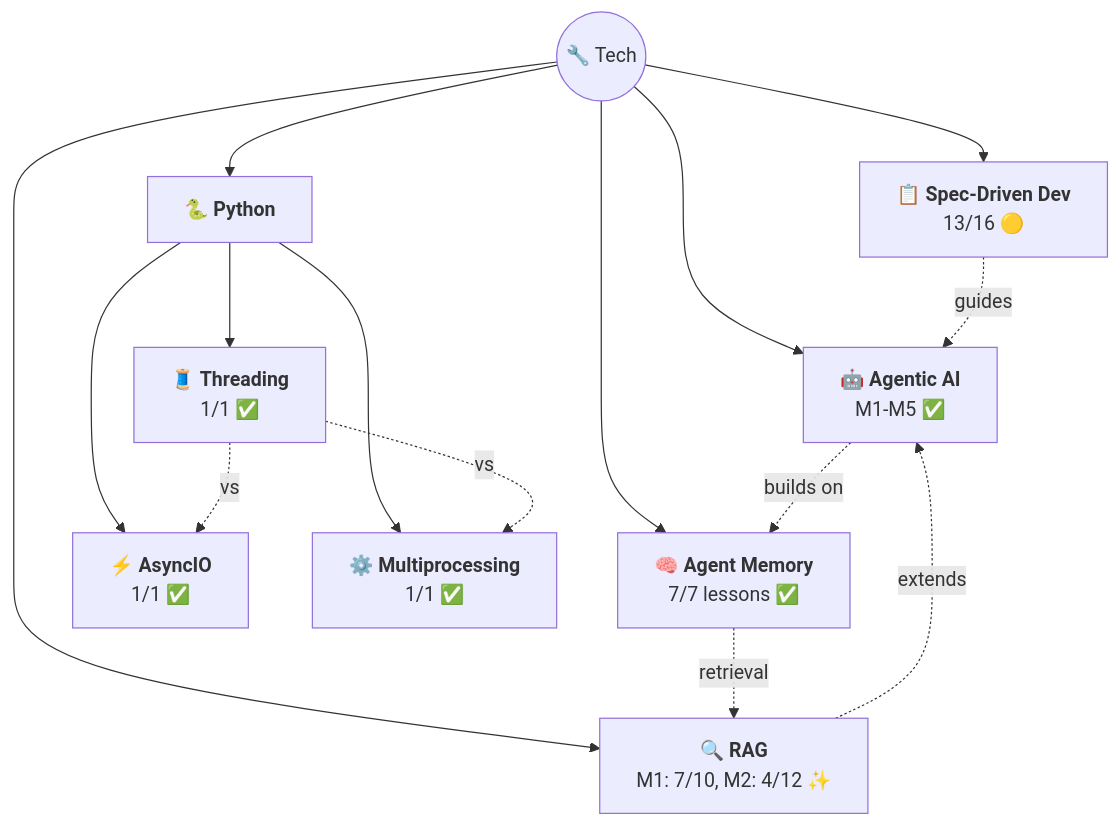
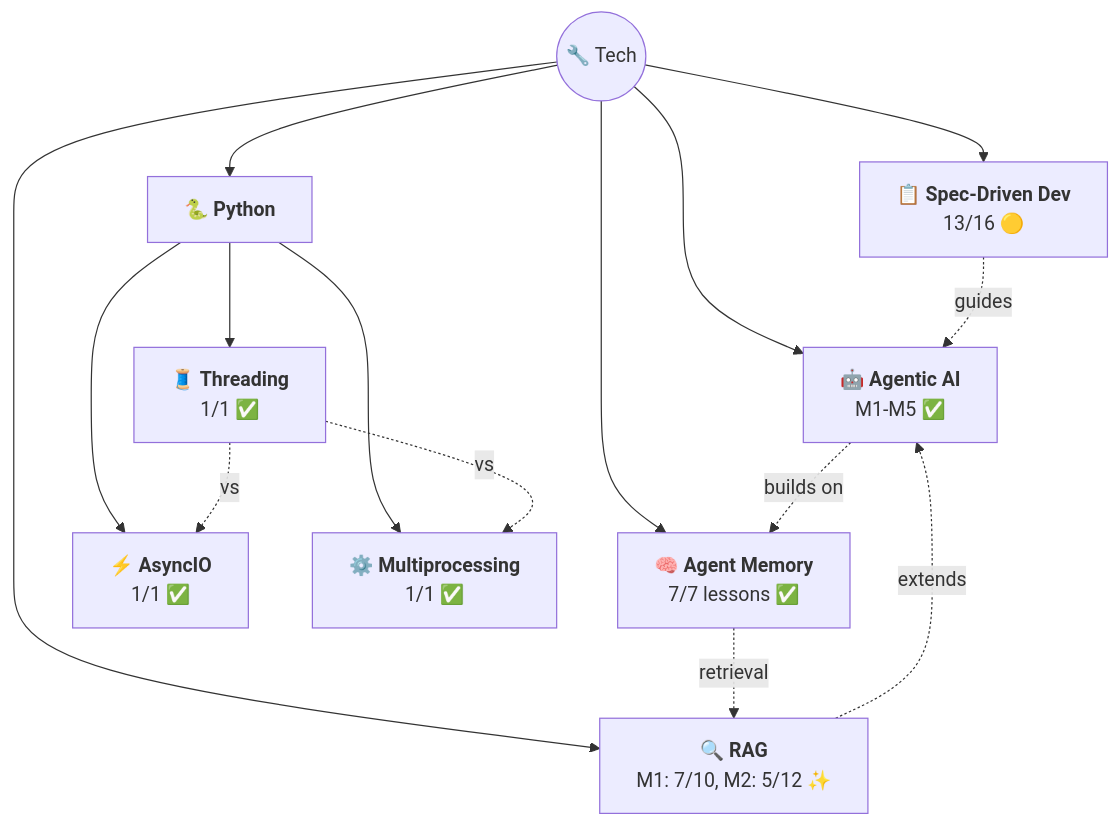
One commit to AyushSonuu/my-memory changed the diagram in _maps/tech.md. Above: the diagram before and after it, drawn with Mermaid. The commit also changed other lines of this file and 266 other files, not shown here.

````diff
--- a/_maps/tech.md
+++ b/_maps/tech.md
@@ -5,18 +5,18 @@
 ```mermaid
 graph TB
     T(("🔧 Tech"))
     T --> AG["🤖 <b>Agentic AI</b><br/>M1-M5 ✅"]
     T --> AM["🧠 <b>Agent Memory</b><br/>7/7 lessons ✅"]
-    T --> RAG["🔍 <b>RAG</b><br/>M1: 7/10, M2: 4/12 ✨"]
+    T --> RAG["🔍 <b>RAG</b><br/>M1: 7/10, M2: 5/12 ✨"]
     T --> PY["🐍 <b>Python</b>"]
     PY --> AIO["⚡ <b>AsyncIO</b><br/>1/1 ✅"]
     PY --> THR["🧵 <b>Threading</b><br/>1/1 ✅"]
     PY --> MP["⚙️ <b>Multiprocessing</b><br/>1/1 ✅"]
     AG -.->|"builds on"| AM
     AM -.->|"retrieval"| RAG
     RAG -.->|"extends"| AG
     T --> SDD["📋 <b>Spec-Driven Dev</b><br/>13/16 🟡"]
     SDD -.->|"guides"| AG
     THR -.->|"vs"| AIO
     THR -.->|"vs"| MP
 ```
````
